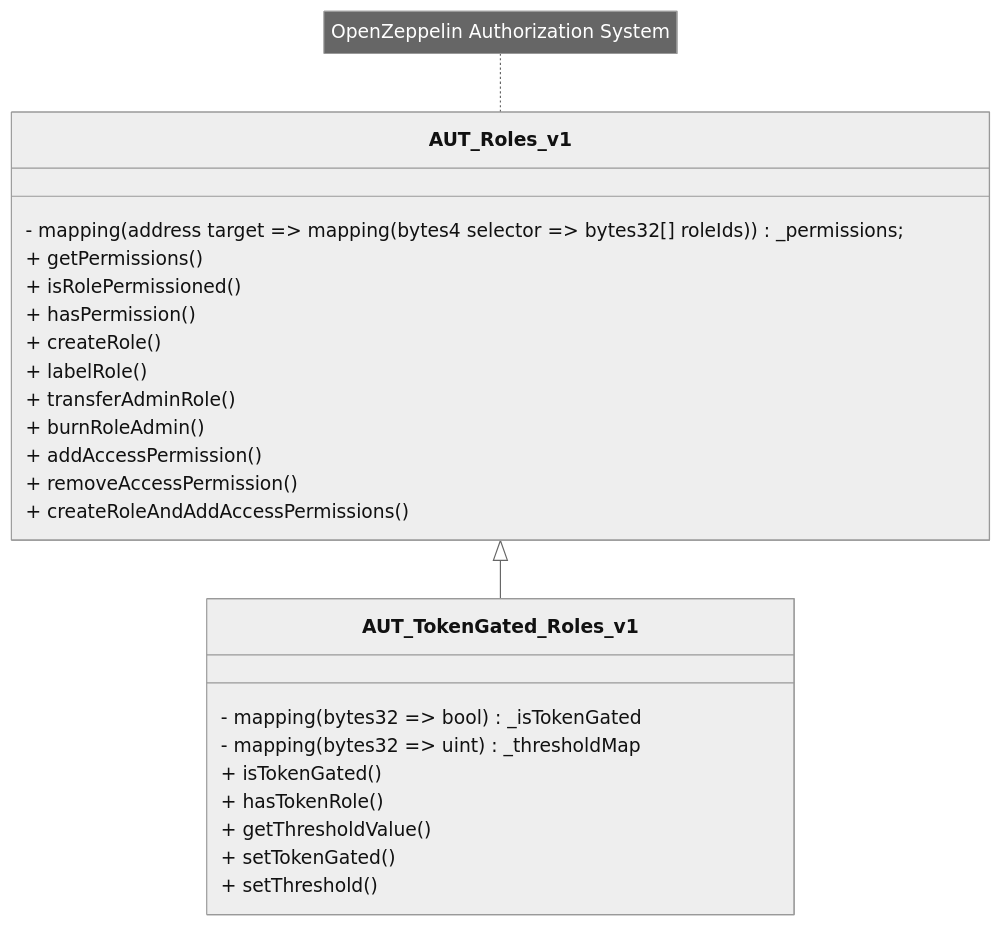
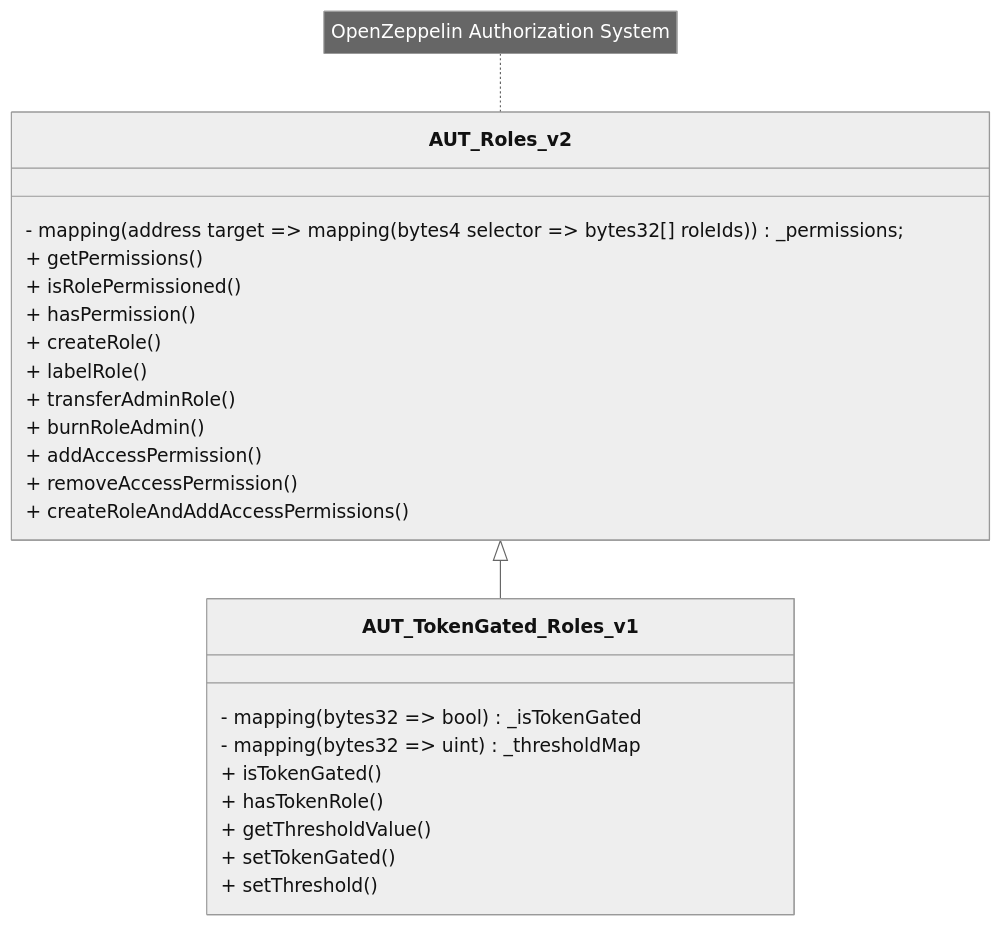
One commit to InverterNetwork/contracts changed the first of 2 diagrams in docs/src/modules/authorizer/role/AUT_TokenGated_Roles_v2.md. Above: the diagram before and after it, drawn with Mermaid (neutral theme). The commit also changed other lines of this file and 22 other files, not shown here.

Commit message:
Rename AUT_Roles_v1

````diff
--- a/docs/src/modules/authorizer/role/AUT_TokenGated_Roles_v2.md
+++ b/docs/src/modules/authorizer/role/AUT_TokenGated_Roles_v2.md
@@ -30,34 +30,34 @@
 ```mermaid
 classDiagram
 
-    note for AUT_Roles_v1 "OpenZeppelin Authorization System"
-    AUT_Roles_v1 <|--  AUT_TokenGated_Roles_v1
+    note for AUT_Roles_v2 "OpenZeppelin Authorization System"
+    AUT_Roles_v2 <|--  AUT_TokenGated_Roles_v1
 
 
 
 
-    class AUT_Roles_v1{
+    class AUT_Roles_v2{
         - mapping(address target => mapping(bytes4 selector => bytes32[] roleIds)) _permissions;
         + getPermissions()
         + isRolePermissioned()
         + hasPermission()
         + createRole()
         + labelRole()
         + transferAdminRole()
         + burnRoleAdmin()
         + addAccessPermission()
         + removeAccessPermission()
         + createRoleAndAddAccessPermissions()
     }
 
     class AUT_TokenGated_Roles_v1{
         - mapping(bytes32 => bool) _isTokenGated
         - mapping(bytes32 => uint) _thresholdMap
         + isTokenGated()
         + hasTokenRole()
         + getThresholdValue()
         + setTokenGated()
         + setThreshold()
     }
 
 ```
````
